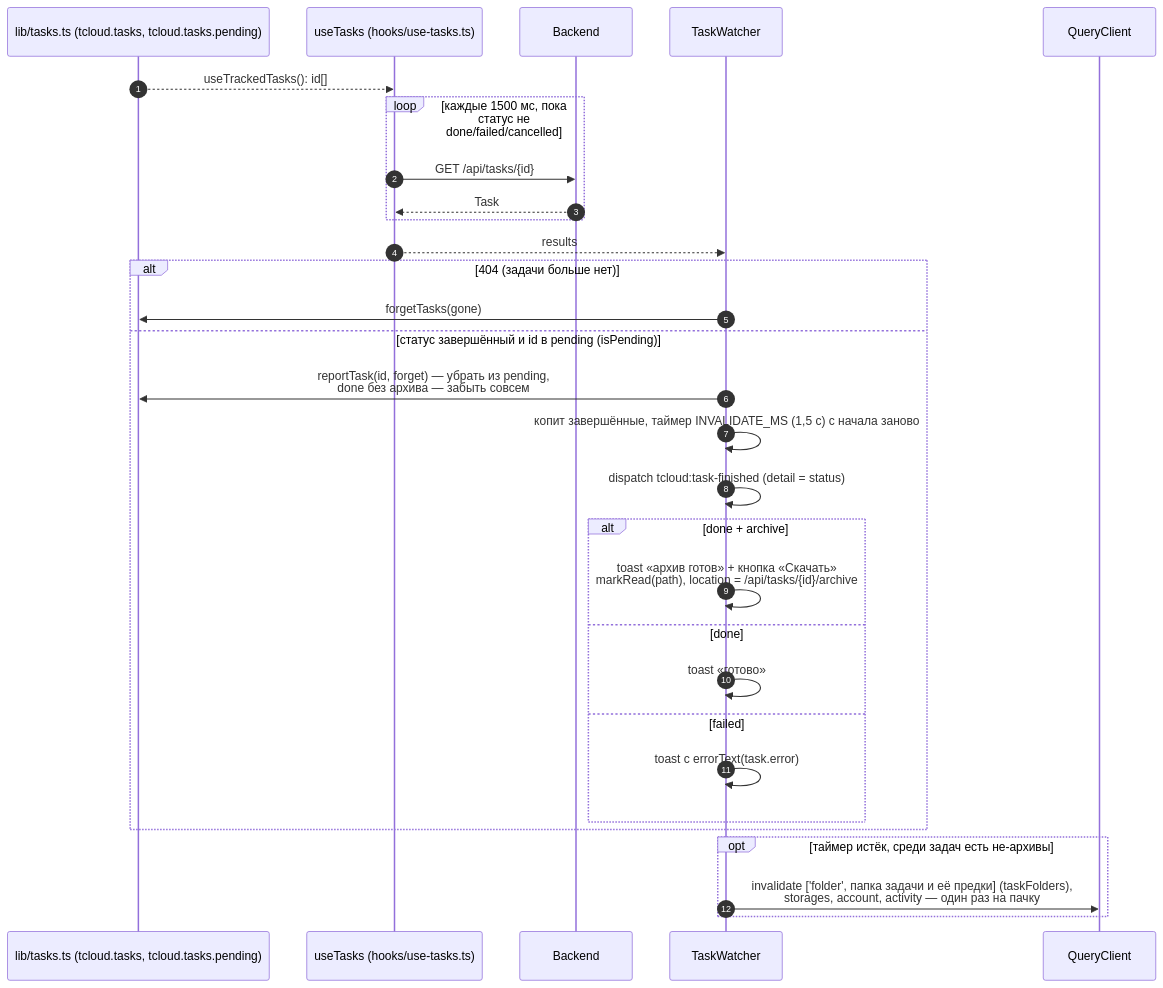
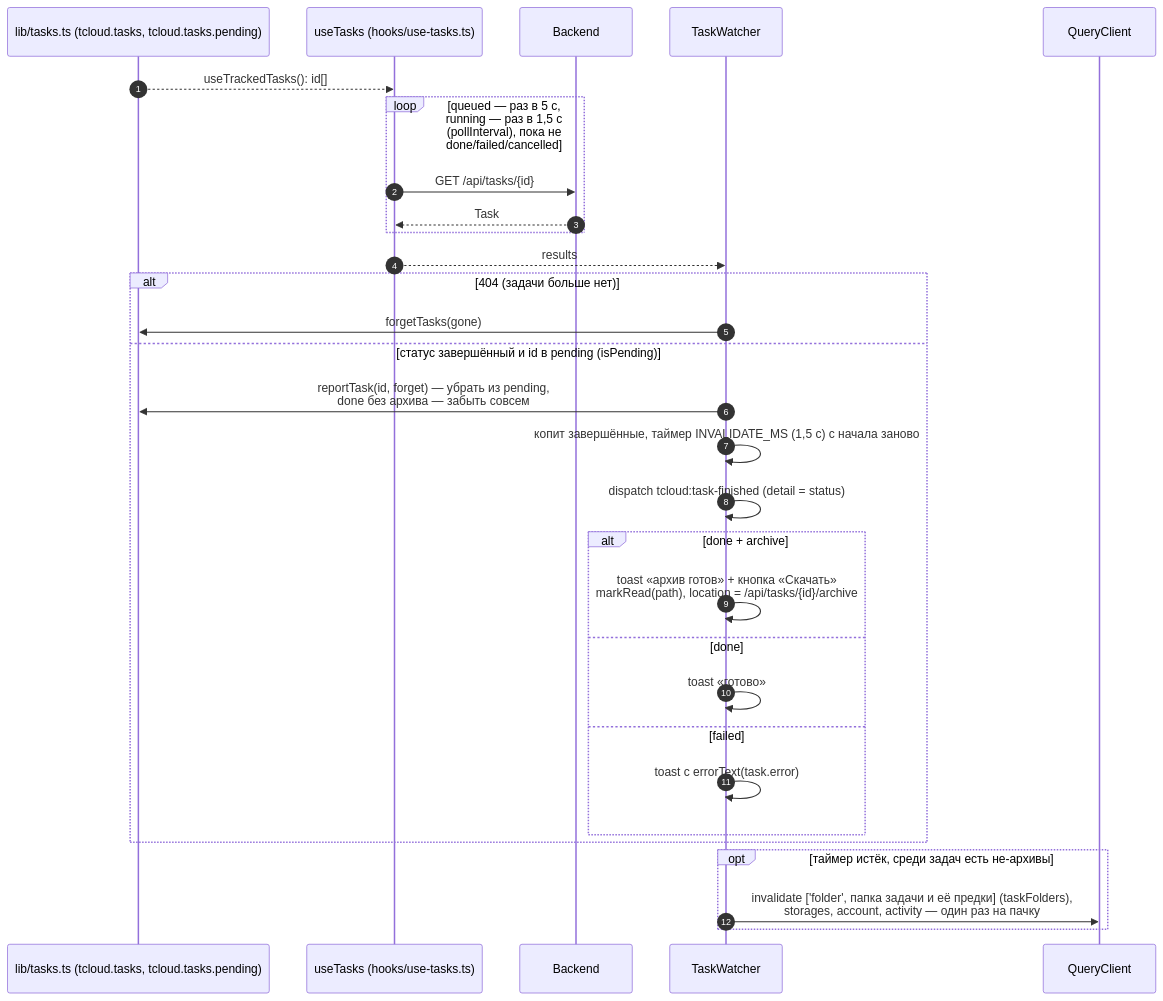
One commit to NikitkaZXC/tcloud-frontend changed the third of 5 diagrams in docs/uploads-and-tasks.md. Above: the diagram before and after it, drawn with Mermaid. The commit also changed other lines of this file and 5 other files, not shown here.

Commit message:
perf: poll queued tasks every 5 s, running ones every 1.5 s

````diff
--- a/docs/uploads-and-tasks.md
+++ b/docs/uploads-and-tasks.md
@@ -77,32 +77,32 @@
 ```mermaid
 sequenceDiagram
     autonumber
     participant T as lib/tasks.ts (tcloud.tasks, tcloud.tasks.pending)
     participant Q as useTasks (hooks/use-tasks.ts)
     participant B as Backend
     participant W as TaskWatcher
     participant C as QueryClient
     T-->>Q: useTrackedTasks(): id[]
-    loop каждые 1500 мс, пока статус не done/failed/cancelled
+    loop queued — раз в 5 с, running — раз в 1,5 с (pollInterval), пока не done/failed/cancelled
         Q->>B: GET /api/tasks/{id}
         B-->>Q: Task
     end
     Q-->>W: results
     alt 404 (задачи больше нет)
         W->>T: forgetTasks(gone)
     else статус завершённый и id в pending (isPending)
         W->>T: reportTask(id, forget) — убрать из pending,<br/>done без архива — забыть совсем
         W->>W: копит завершённые, таймер INVALIDATE_MS (1,5 с) с начала заново
         W->>W: dispatch tcloud:task-finished (detail = status)
         alt done + archive
             W->>W: toast «архив готов» + кнопка «Скачать»<br/>markRead(path), location = /api/tasks/{id}/archive
         else done
             W->>W: toast «готово»
         else failed
             W->>W: toast с errorText(task.error)
         end
     end
     opt таймер истёк, среди задач есть не-архивы
         W->>C: invalidate ['folder', папка задачи и её предки] (taskFolders),<br/>storages, account, activity — один раз на пачку
     end
 ```
````
